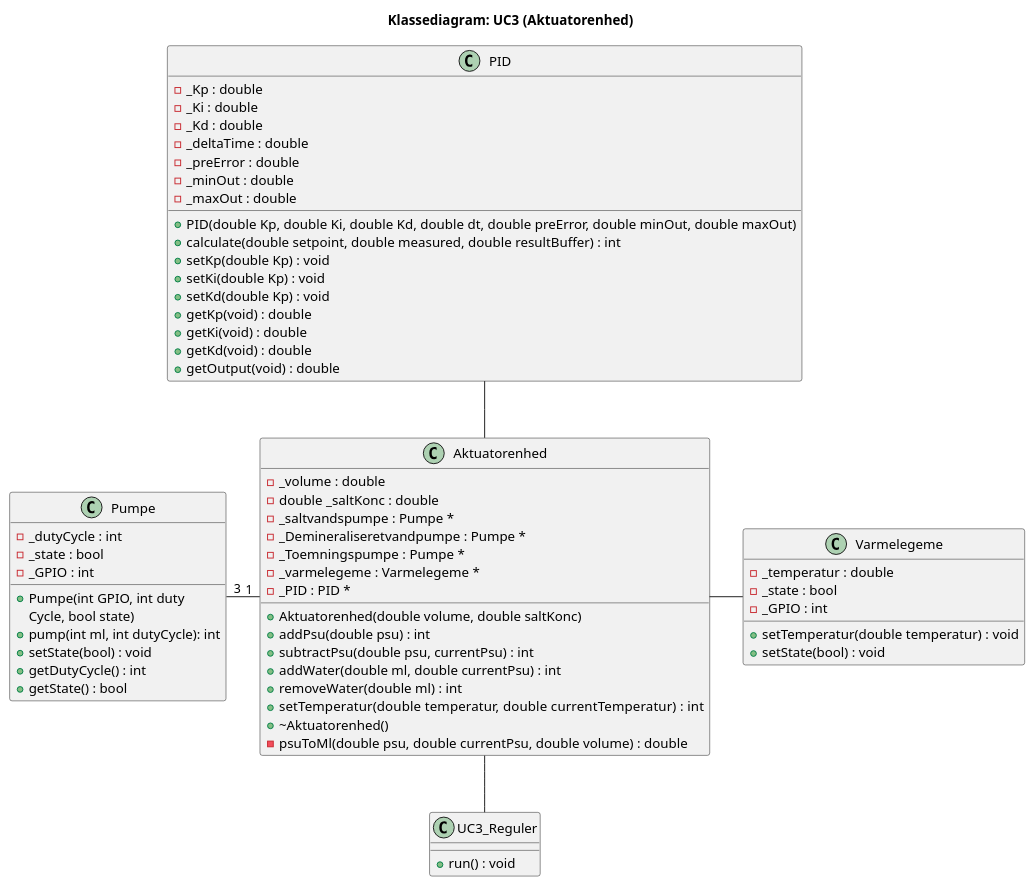
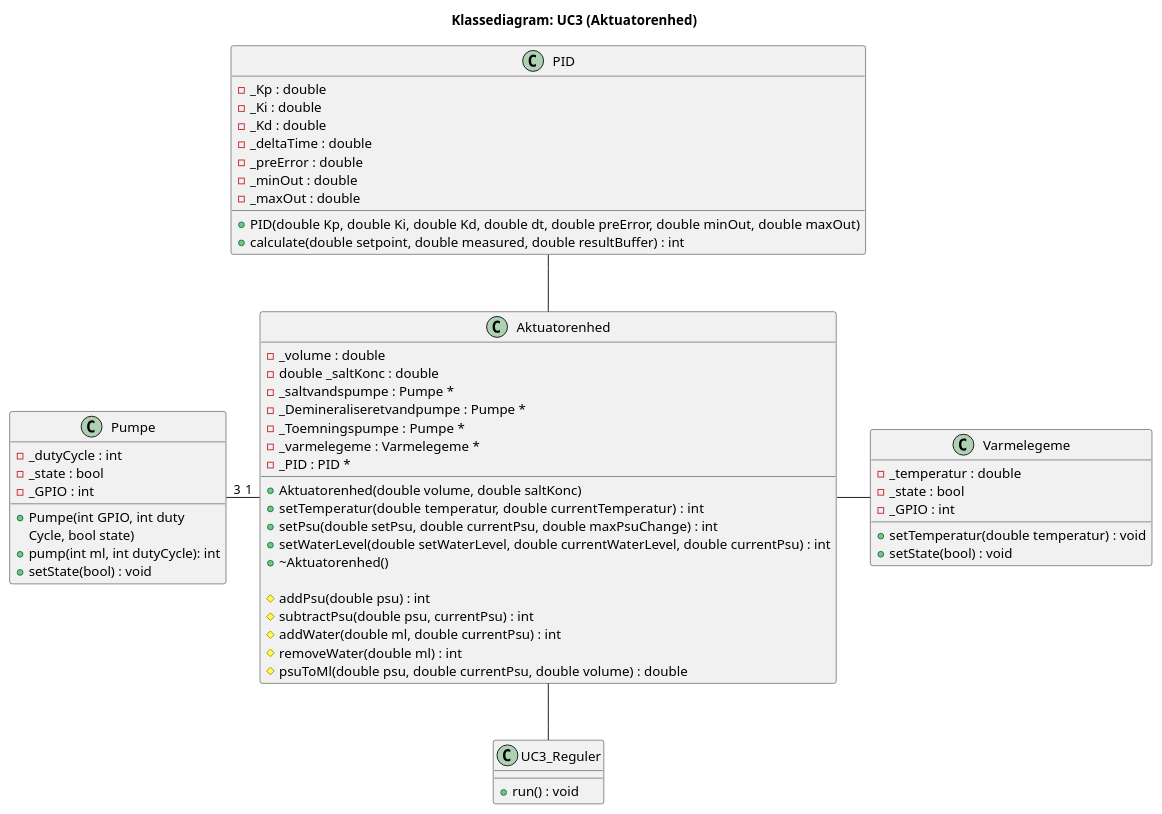
Before and after one commit to Solvgraa-mager/E4PRJ4: the diagram in Design/Akutuator enhed/Domnaemodel_AE/AE_klassediagram.puml, drawn with PlantUML. The commit also changed 77 other files, not shown here.

```diff
--- a/Design/Akutuator enhed/Domnaemodel_AE/AE_klassediagram.puml
+++ b/Design/Akutuator enhed/Domnaemodel_AE/AE_klassediagram.puml
@@ -1,79 +1,73 @@
 @startuml
 title Klassediagram: UC3 (Aktuatorenhed)
 
 
 class Pumpe {
   - _dutyCycle : int
   - _state : bool
   - _GPIO : int
 
   +Pumpe(int GPIO, int duty
   Cycle, bool state)
   +pump(int ml, int dutyCycle): int
   +setState(bool) : void
-  +getDutyCycle() : int
-  +getState() : bool
 }
 
 class Varmelegeme {
   -_temperatur : double
   -_state : bool 
   -_GPIO : int
 
   +setTemperatur(double temperatur) : void
   +setState(bool) : void
 }
 class PID
 {
   -_Kp : double
   -_Ki : double
   -_Kd : double
   -_deltaTime : double
   -_preError : double
   -_minOut : double
   -_maxOut : double
 
   +PID(double Kp, double Ki, double Kd, double dt, double preError, double minOut, double maxOut)
   +calculate(double setpoint, double measured, double resultBuffer) : int
-  +setKp(double Kp) : void
-  +setKi(double Kp) : void
-  +setKd(double Kp) : void
-  +getKp(void) : double
-  +getKi(void) : double
-  +getKd(void) : double
-  +getOutput(void) : double
 }
 
 class UC3_Reguler {
   +run() : void 
 }
 
 
 class Aktuatorenhed
 {
   -_volume : double
   -double _saltKonc : double
   -_saltvandspumpe : Pumpe *
   -_Demineraliseretvandpumpe : Pumpe * 
   -_Toemningspumpe : Pumpe * 
   -_varmelegeme : Varmelegeme *
   -_PID : PID *
 
   + Aktuatorenhed(double volume, double saltKonc)
-  + addPsu(double psu) : int
-  + subtractPsu(double psu, currentPsu) : int
-  + addWater(double ml, double currentPsu) : int
-  + removeWater(double ml) : int
   + setTemperatur(double temperatur, double currentTemperatur) :  int
+  + setPsu(double setPsu, double currentPsu, double maxPsuChange) : int 
+  + setWaterLevel(double setWaterLevel, double currentWaterLevel, double currentPsu) : int 
   + ~Aktuatorenhed()
-  - psuToMl(double psu, double currentPsu, double volume) : double
+
+  # addPsu(double psu) : int
+  # subtractPsu(double psu, currentPsu) : int
+  # addWater(double ml, double currentPsu) : int
+  # removeWater(double ml) : int
+  # psuToMl(double psu, double currentPsu, double volume) : double
 
 }
 
 PID -- Aktuatorenhed
 Aktuatorenhed -- UC3_Reguler
 Pumpe "3" - "1" Aktuatorenhed
 Aktuatorenhed - Varmelegeme
 
 
 @enduml
```
